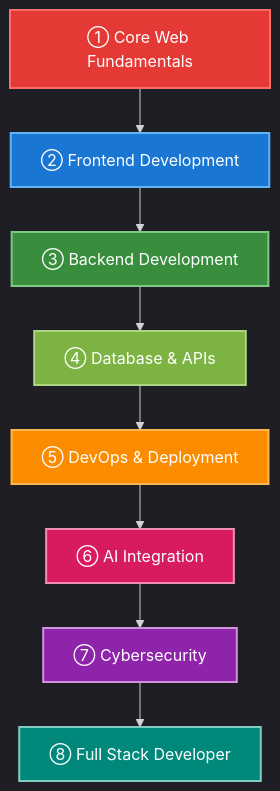
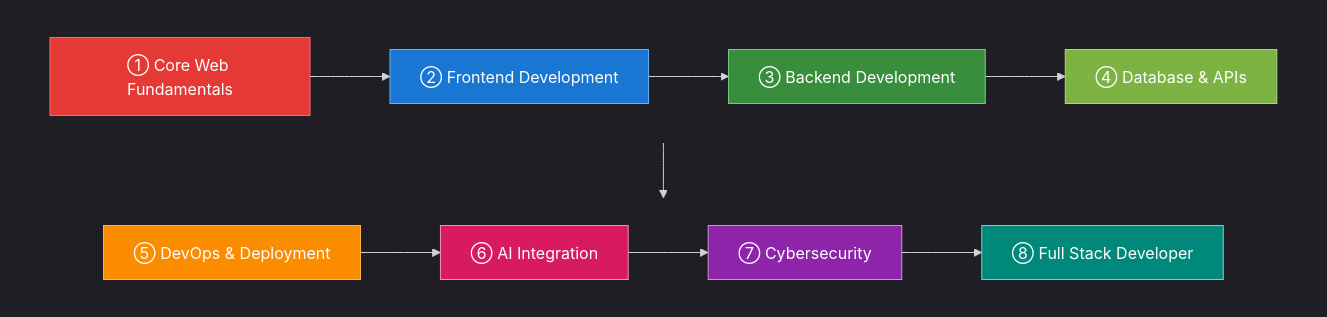
The diagram in README.md (surjocode/surjocode), drawn with Mermaid before and after one commit. The commit also changed other lines of this file, not shown here.

Commit message:
Refactor Learning Path section in README
Updated the Learning Path section with improved formatting and structure.

````diff
--- a/README.md
+++ b/README.md
@@ -130,21 +131,30 @@
-```mermaid id="p7m3kx"
-%%{init: {'theme':'dark','flowchart': {'nodeSpacing': 25, 'rankSpacing': 45, 'htmlLabels': true}}}%%
+```mermaid
+%%{init: {'theme':'dark','flowchart': {'nodeSpacing': 35, 'rankSpacing': 55, 'htmlLabels': true}}}%%
 flowchart TB
-    A["① Core Web Fundamentals"] --> B["② Frontend Development"]
-    B --> C["③ Backend Development"]
-    C --> D["④ Database & APIs"]
+    subgraph ROW1[" "]
+        direction LR
+        A["① Core Web Fundamentals"] --> B["② Frontend Development"]
+        B --> C["③ Backend Development"]
+        C --> D["④ Database & APIs"]
+    end
 
-    D --> E["⑤ DevOps & Deployment"]
-    E --> F["⑥ AI Integration"]
-    F --> G["⑦ Cybersecurity"]
-    G --> H["⑧ Full Stack Developer"]
+    subgraph ROW2[" "]
+        direction LR
+        E["⑤ DevOps & Deployment"] --> F["⑥ AI Integration"]
+        F --> G["⑦ Cybersecurity"]
+        G --> H["⑧ Full Stack Developer"]
+    end
 
-    style A fill:#e53935,stroke:#ff6b6b,color:#ffffff,stroke-width:2px
-    style B fill:#1976d2,stroke:#64b5f6,color:#ffffff,stroke-width:2px
-    style C fill:#388e3c,stroke:#81c784,color:#ffffff,stroke-width:2px
-    style D fill:#7cb342,stroke:#aed581,color:#ffffff,stroke-width:2px
-    style E fill:#fb8c00,stroke:#ffb74d,color:#ffffff,stroke-width:2px
-    style F fill:#d81b60,stroke:#f48fb1,color:#ffffff,stroke-width:2px
-    style G fill:#8e24aa,stroke:#ce93d8,color:#ffffff,stroke-width:2px
-    style H fill:#00897b,stroke:#80cbc4,color:#ffffff,stroke-width:2px
+    D --> E
+
+    style ROW1 fill:transparent,stroke:transparent
+    style ROW2 fill:transparent,stroke:transparent
+    style A fill:#e53935,stroke:#ff6b6b,color:#ffffff
+    style B fill:#1976d2,stroke:#64b5f6,color:#ffffff
+    style C fill:#388e3c,stroke:#81c784,color:#ffffff
+    style D fill:#7cb342,stroke:#aed581,color:#ffffff
+    style E fill:#fb8c00,stroke:#ffb74d,color:#ffffff
+    style F fill:#d81b60,stroke:#f48fb1,color:#ffffff
+    style G fill:#8e24aa,stroke:#ce93d8,color:#ffffff
+    style H fill:#00897b,stroke:#80cbc4,color:#ffffff
 ```
````
